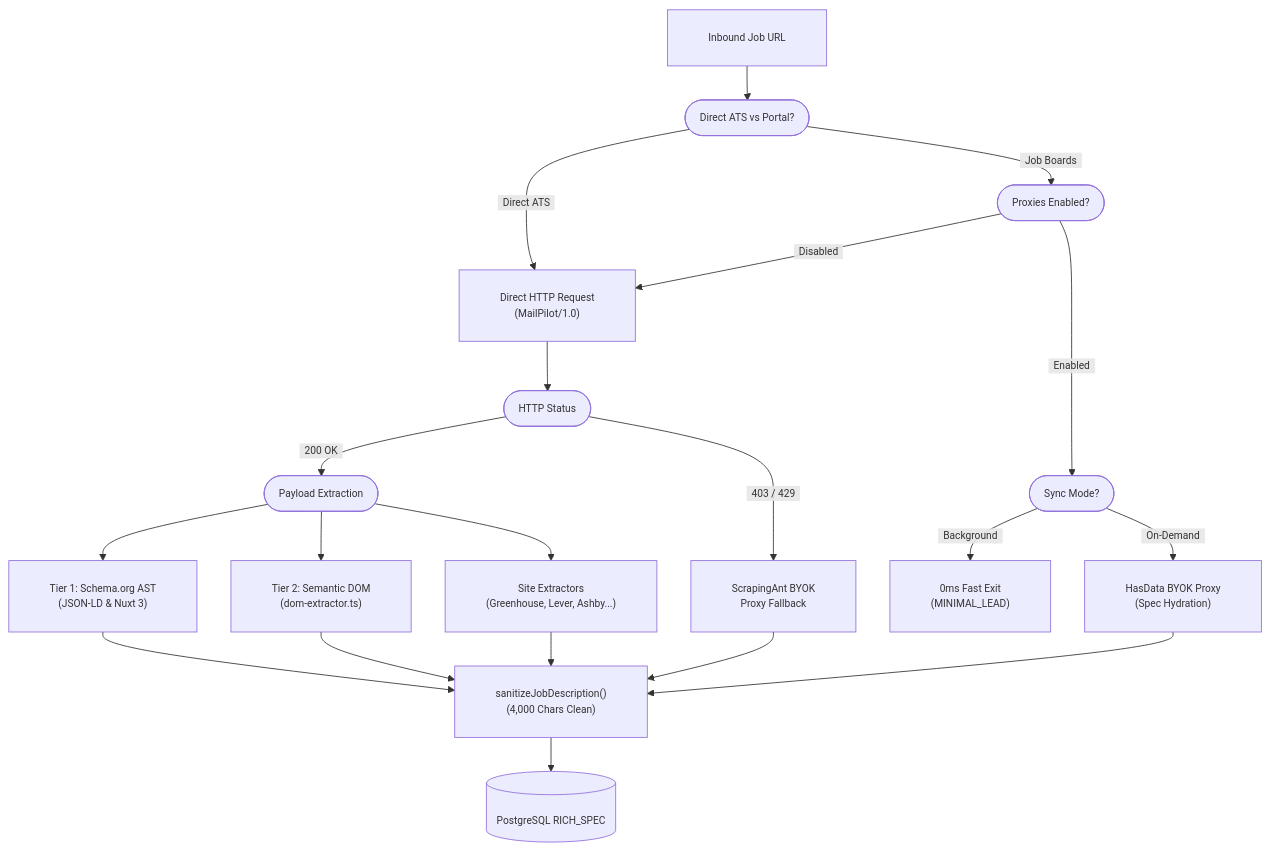
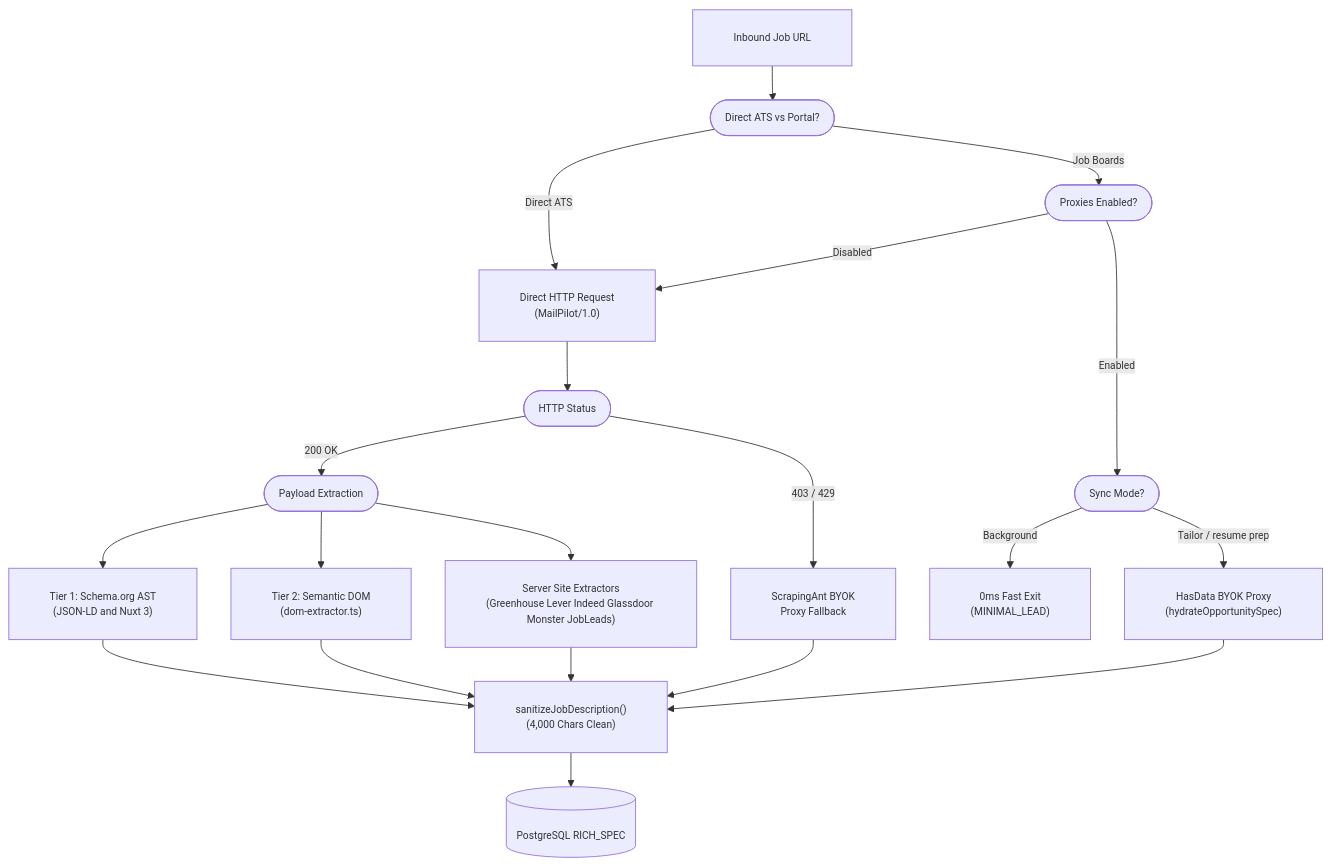
Diagram 17 of 21 in README.md (Marqlo-C/mailpilot), drawn with Mermaid before and after one commit. The commit also changed other lines of this file and 12 other files, not shown here.

````diff
--- a/README.md
+++ b/README.md
@@ -952,24 +1011,24 @@
 ```mermaid
 %%{init: {"themeVariables": {"fontSize": "12px", "fontFamily": "-apple-system, BlinkMacSystemFont, Segoe UI, sans-serif"}, "themeCSS": ".edgeLabel foreignObject { overflow: visible !important; } .edgeLabel span { padding: 0 4px; }", "flowchart": {"padding": 24, "nodeSpacing": 40, "rankSpacing": 40}}}%%
 flowchart TD
   URL["Inbound Job URL"] --> PROTO(["Direct ATS vs Portal?"])
-  PROTO -->|"&nbsp;&nbsp;Direct ATS&nbsp;&nbsp;"| DIRECT["Direct HTTP Request<br/>(MailPilot/1.0)"]
-  PROTO -->|"&nbsp;&nbsp;Job Boards&nbsp;&nbsp;"| PROXCHECK(["Proxies Enabled?"])
+  PROTO -->|"Direct ATS"| DIRECT["Direct HTTP Request<br/>(MailPilot/1.0)"]
+  PROTO -->|"Job Boards"| PROXCHECK(["Proxies Enabled?"])
 
-  PROXCHECK -->|"&nbsp;&nbsp;Disabled&nbsp;&nbsp;"| DIRECT
-  PROXCHECK -->|"&nbsp;&nbsp;Enabled&nbsp;&nbsp;"| GATE(["Sync Mode?"])
+  PROXCHECK -->|"Disabled"| DIRECT
+  PROXCHECK -->|"Enabled"| GATE(["Sync Mode?"])
 
-  GATE -->|"&nbsp;&nbsp;Background&nbsp;&nbsp;"| MIN["0ms Fast Exit<br/>(MINIMAL_LEAD)"]
-  GATE -->|"&nbsp;&nbsp;On-Demand&nbsp;&nbsp;"| HASDATA["HasData BYOK Proxy<br/>(Spec Hydration)"]
+  GATE -->|"Background"| MIN["0ms Fast Exit<br/>(MINIMAL_LEAD)"]
+  GATE -->|"Tailor / resume prep"| HASDATA["HasData BYOK Proxy<br/>(hydrateOpportunitySpec)"]
 
   DIRECT --> STATUS(["HTTP Status"])
-  STATUS -->|"&nbsp;&nbsp;200 OK&nbsp;&nbsp;"| PARSE(["Payload Extraction"])
-  STATUS -->|"&nbsp;&nbsp;403 / 429&nbsp;&nbsp;"| SCRAPINGANT["ScrapingAnt BYOK<br/>Proxy Fallback"]
+  STATUS -->|"200 OK"| PARSE(["Payload Extraction"])
+  STATUS -->|"403 / 429"| SCRAPINGANT["ScrapingAnt BYOK<br/>Proxy Fallback"]
 
-  PARSE --> JLD["Tier 1: Schema.org AST<br/>(JSON-LD & Nuxt 3)"]
+  PARSE --> JLD["Tier 1: Schema.org AST<br/>(JSON-LD and Nuxt 3)"]
   PARSE --> DOM_EXT["Tier 2: Semantic DOM<br/>(dom-extractor.ts)"]
-  PARSE --> EXTRACTORS["Site Extractors<br/>(Greenhouse, Lever, Ashby...)"]
+  PARSE --> EXTRACTORS["Server Site Extractors<br/>(Greenhouse Lever Indeed Glassdoor Monster JobLeads)"]
 
   JLD & DOM_EXT & EXTRACTORS & HASDATA & SCRAPINGANT --> SANITIZE["sanitizeJobDescription()<br/>(4,000 Chars Clean)"]
   SANITIZE --> DB[("PostgreSQL RICH_SPEC")]
 ```
````
